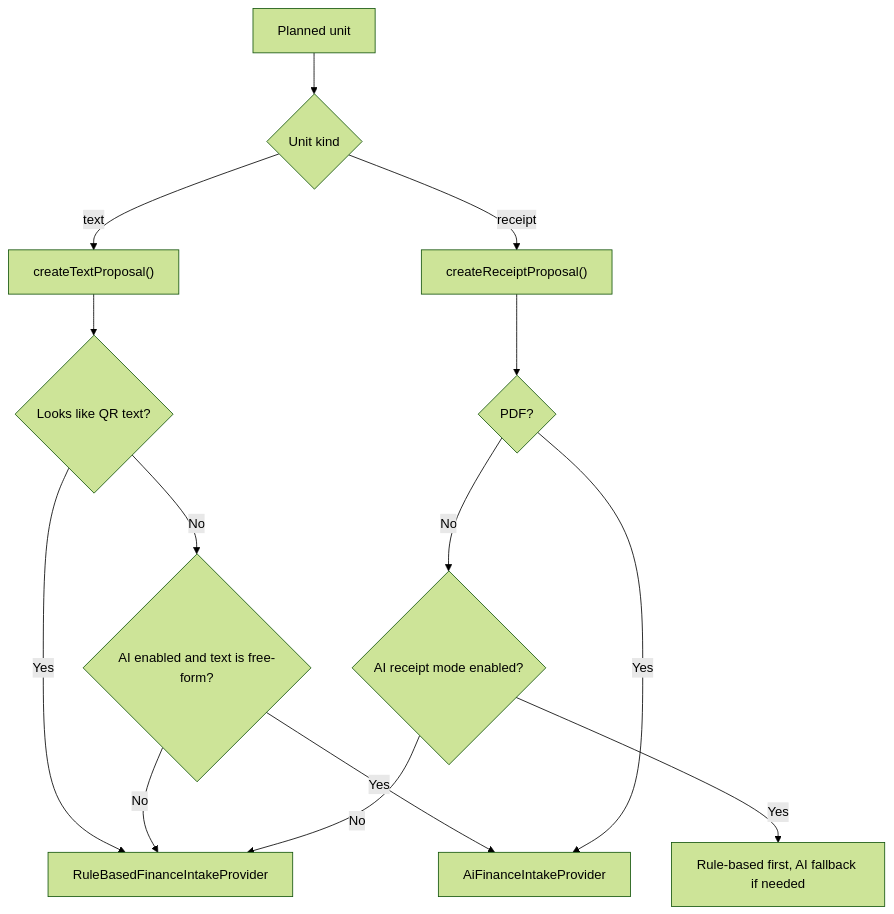
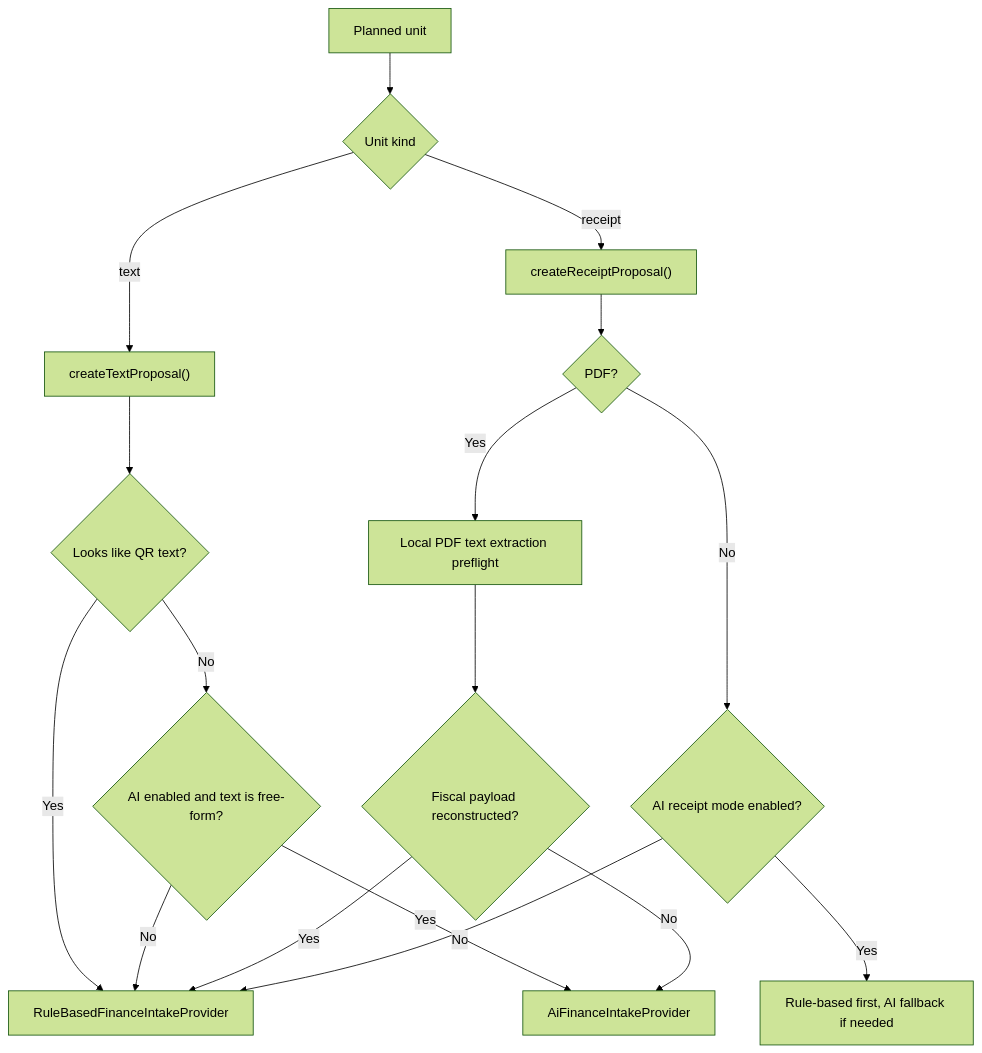
One commit to Xoanis/obsidian-expense-manager changed diagram 11 of 15 in docs/email-finance-intake-architecture.md. Above: the diagram before and after it, drawn with Mermaid (forest theme). The commit also changed other lines of this file and 3 other files, not shown here.

Commit message:
feat: extract fiscal data from pdf attachments

````diff
--- a/docs/email-finance-intake-architecture.md
+++ b/docs/email-finance-intake-architecture.md
@@ -507,19 +543,22 @@
 ```mermaid
 flowchart TD
     A["Planned unit"] --> B{"Unit kind"}
 
     B -->|"text"| C["createTextProposal()"]
     B -->|"receipt"| D["createReceiptProposal()"]
 
     C --> E{"Looks like QR text?"}
     E -->|"Yes"| F["RuleBasedFinanceIntakeProvider"]
     E -->|"No"| G{"AI enabled and text is free-form?"}
     G -->|"Yes"| H["AiFinanceIntakeProvider"]
     G -->|"No"| F
 
     D --> I{"PDF?"}
-    I -->|"Yes"| H
+    I -->|"Yes"| P["Local PDF text extraction preflight"]
+    P --> Q{"Fiscal payload reconstructed?"}
+    Q -->|"Yes"| F
+    Q -->|"No"| H
     I -->|"No"| J{"AI receipt mode enabled?"}
     J -->|"Yes"| K["Rule-based first, AI fallback if needed"]
     J -->|"No"| F
 ```
````
